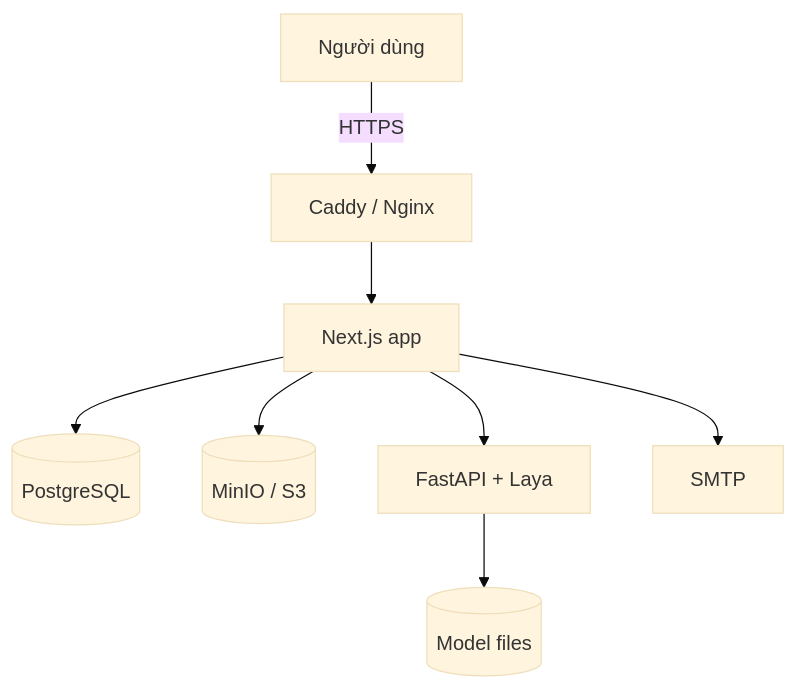
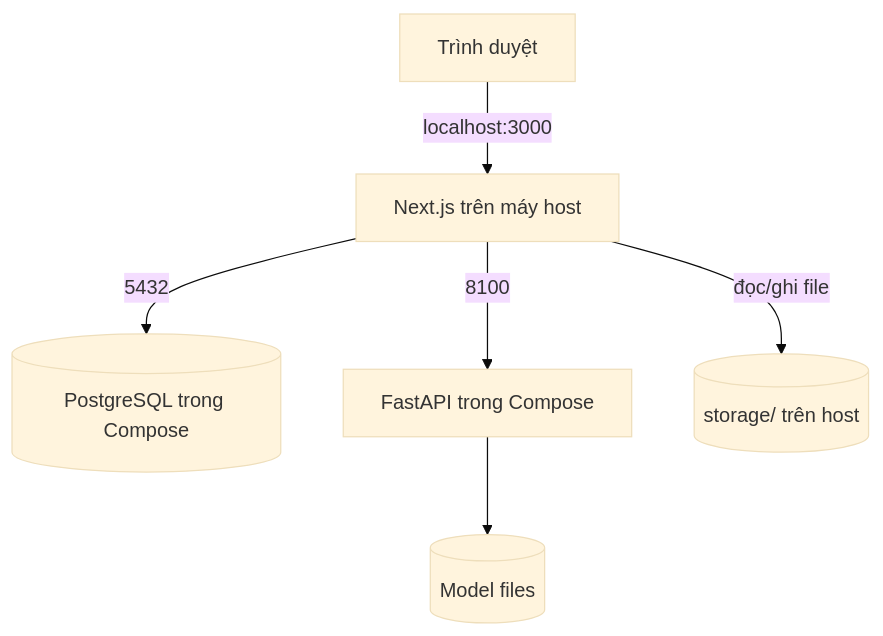
Before and after one commit to Smokiestfox/sivi-app: the seventh of 8 diagrams in docs/diagrams.md, drawn with Mermaid (base theme). The commit also changed other lines of this file and 31 other files, not shown here.

````diff
--- a/docs/diagrams.md
+++ b/docs/diagrams.md
@@ -203,10 +203,8 @@
-~~~mermaid
+```mermaid
 flowchart TB
-    USER["Người dùng"] -->|HTTPS| PROXY["Caddy / Nginx"]
-    PROXY --> WEB["Next.js app"]
-    WEB --> DB[("PostgreSQL")]
-    WEB --> STORAGE[("MinIO / S3")]
-    WEB --> AI["FastAPI + Laya"]
+    USER["Trình duyệt"] -->|localhost:3000| WEB["Next.js trên máy host"]
+    WEB -->|5432| DB[("PostgreSQL trong Compose")]
+    WEB -->|8100| AI["FastAPI trong Compose"]
+    WEB -->|đọc/ghi file| STORAGE[("storage/ trên host")]
     AI --> MODEL[("Model files")]
-    WEB --> SMTP["SMTP"]
-~~~
+```
````
